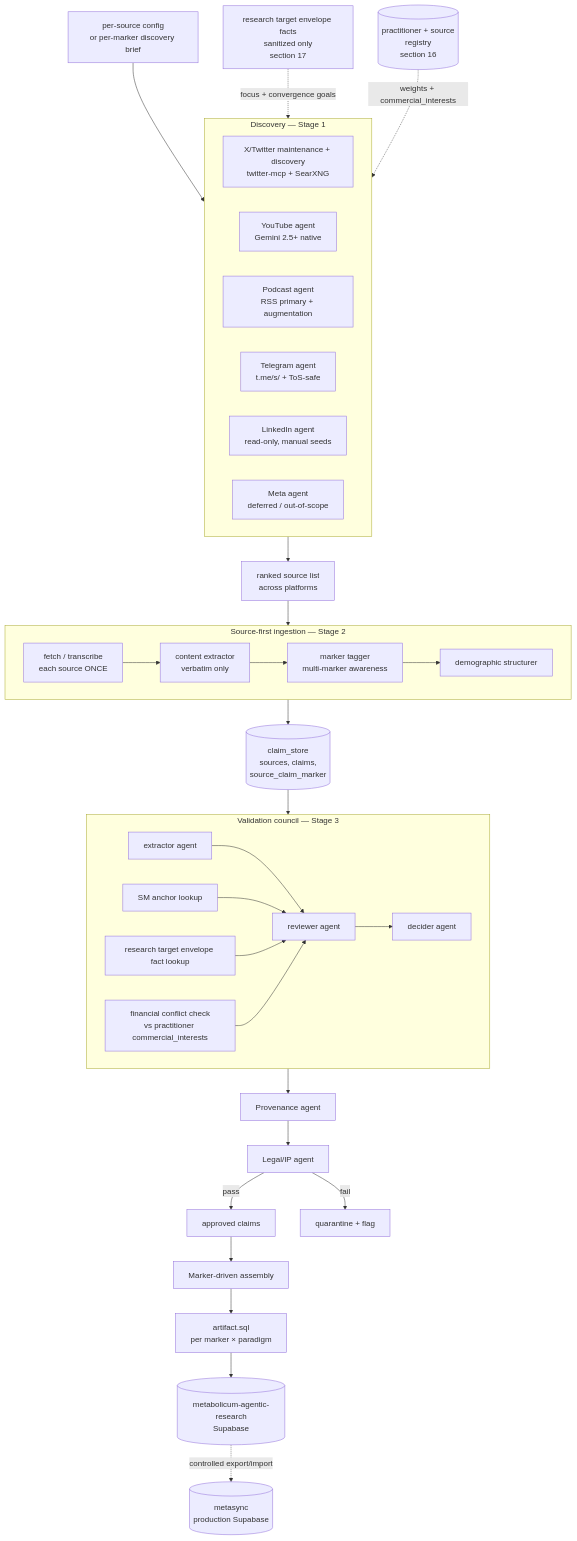
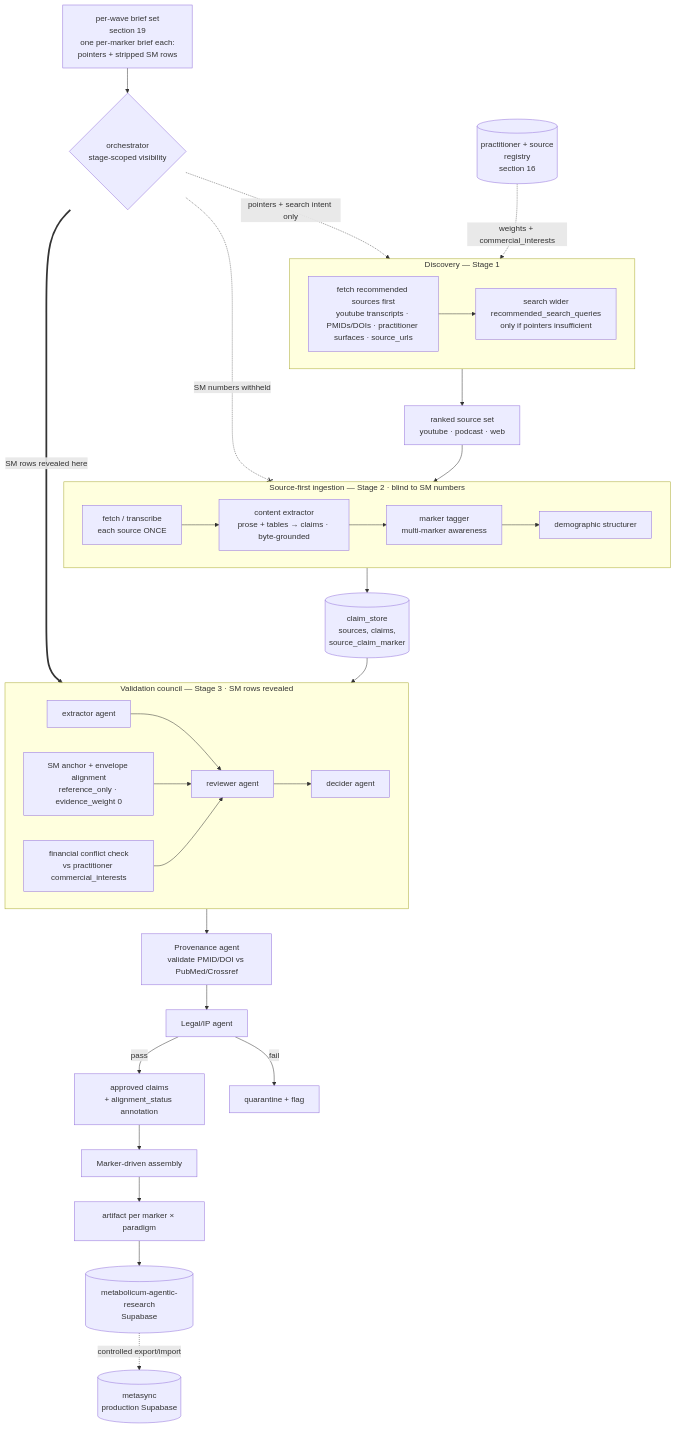
The diagram in docs/agentic-workflow/02-architecture-overview.md (zolcal/metabolicum-agentic-research), drawn with Mermaid before and after one commit. The commit also changed other lines of this file and 8 other files, not shown here.

First line of the commit message:
docs(agentic-workflow): realign spec set to brief-driven, per-wave, blind-until-council model

````diff
--- a/docs/agentic-workflow/02-architecture-overview.md
+++ b/docs/agentic-workflow/02-architecture-overview.md
@@ -5,54 +5,51 @@
 ```mermaid
 flowchart TD
-    Config[per-source config<br/>or per-marker discovery brief] --> Discovery
-    Env[research target envelope facts<br/>sanitized only<br/>section 17] -.focus + convergence goals.-> Discovery
-    
+    Brief[per-wave brief set<br/>section 19<br/>one per-marker brief each:<br/>pointers + stripped SM rows] --> Gate{orchestrator<br/>stage-scoped visibility}
+    Gate -.pointers + search intent only.-> Discovery
+    Gate -.SM numbers withheld.-x SourceFirst
+    Gate == SM rows revealed here ==> Council
+
     subgraph Discovery[Discovery — Stage 1]
-        S1a[X/Twitter maintenance + discovery<br/>twitter-mcp + SearXNG]
-        S1b[YouTube agent<br/>Gemini 2.5+ native]
-        S1c[Podcast agent<br/>RSS primary + augmentation]
-        S1d[Telegram agent<br/>t.me/s/ + ToS-safe]
-        S1e[LinkedIn agent<br/>read-only, manual seeds]
-        S1f[Meta agent<br/>deferred / out-of-scope]
+        D1[fetch recommended sources first<br/>youtube transcripts · PMIDs/DOIs · practitioner surfaces · source_urls]
+        D2[search wider<br/>recommended_search_queries<br/>only if pointers insufficient]
+        D1 --> D2
     end
-    
+
     PractDoc[(practitioner + source<br/>registry<br/>section 16)] -.weights + commercial_interests.-> Discovery
-    Discovery --> RankedSources[ranked source list<br/>across platforms]
+    Discovery --> RankedSources[ranked source set<br/>youtube · podcast · web]
     RankedSources --> SourceFirst
-    
-    subgraph SourceFirst[Source-first ingestion — Stage 2]
+
+    subgraph SourceFirst[Source-first ingestion — Stage 2 · blind to SM numbers]
         Fetch[fetch / transcribe<br/>each source ONCE]
-        Extract[content extractor<br/>verbatim only]
+        Extract[content extractor<br/>prose + tables → claims · byte-grounded]
         Tag[marker tagger<br/>multi-marker awareness]
         Demo[demographic structurer]
         Fetch --> Extract
         Extract --> Tag
         Tag --> Demo
     end
-    
+
     SourceFirst --> ClaimStore[(claim_store<br/>sources, claims,<br/>source_claim_marker)]
     ClaimStore --> Council
-    
-    subgraph Council[Validation council — Stage 3]
+
+    subgraph Council[Validation council — Stage 3 · SM rows revealed]
         Extractor2[extractor agent]
         Reviewer[reviewer agent]
         Decider[decider agent]
-        Anchor[SM anchor lookup]
-        Envelope[research target envelope fact lookup]
+        Anchor[SM anchor + envelope alignment<br/>reference_only · evidence_weight 0]
         ConflictCheck[financial conflict check<br/>vs practitioner commercial_interests]
         Extractor2 --> Reviewer
         Reviewer --> Decider
         Anchor --> Reviewer
-        Envelope --> Reviewer
         ConflictCheck --> Reviewer
     end
-    
-    Council --> Prov[Provenance agent]
+
+    Council --> Prov[Provenance agent<br/>validate PMID/DOI vs PubMed/Crossref]
     Prov --> Legal[Legal/IP agent]
-    Legal -->|pass| Approved[approved claims]
+    Legal -->|pass| Approved[approved claims<br/>+ alignment_status annotation]
     Legal -->|fail| Quarantine[quarantine + flag]
     Approved --> Assembly[Marker-driven assembly]
-    Assembly --> SQL[artifact.sql<br/>per marker × paradigm]
+    Assembly --> SQL[artifact per marker × paradigm]
     SQL --> AgenticSupabase[(metabolicum-agentic-research<br/>Supabase)]
     AgenticSupabase -.controlled export/import.-> MetasyncSupabase[(metasync<br/>production Supabase)]
 ```
````
